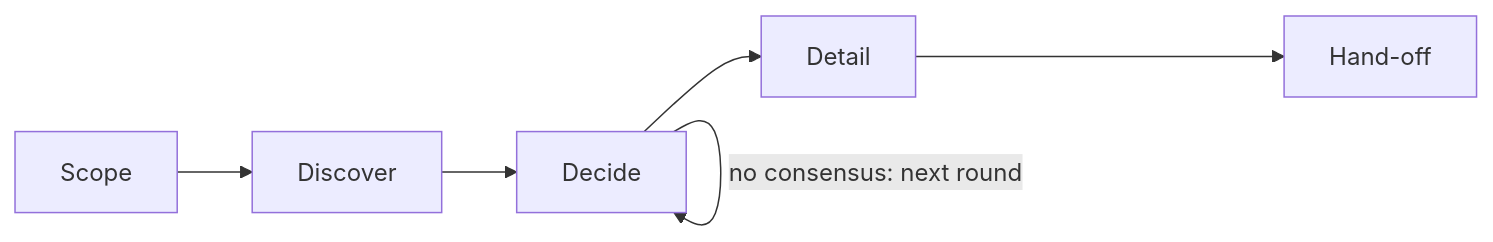
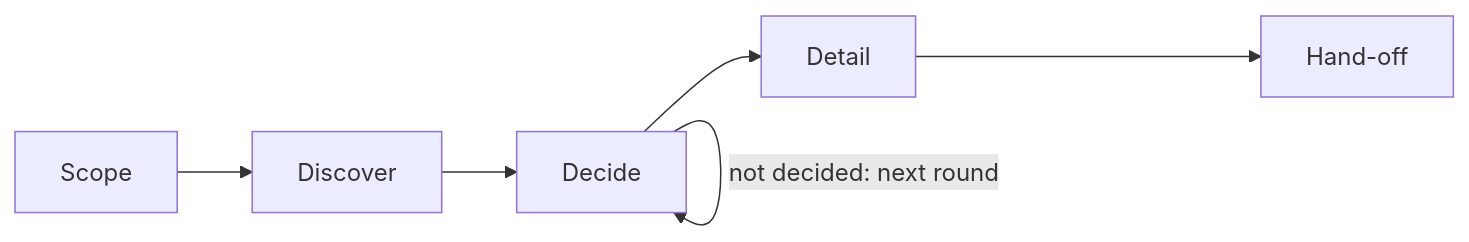
The diagram in README.md (sophiedkk/cdm-plenum), drawn with Mermaid before and after one commit. The commit also changed other lines of this file, not shown here.

````diff
--- a/README.md
+++ b/README.md
@@ -32,5 +42,5 @@
 ```mermaid
 flowchart LR
     scope[Scope] --> discover[Discover] --> decide[Decide] --> detail[Detail] --> handoff[Hand-off]
-    decide -- "no consensus: next round" --> decide
+    decide -- "not decided: next round" --> decide
 ```
````
